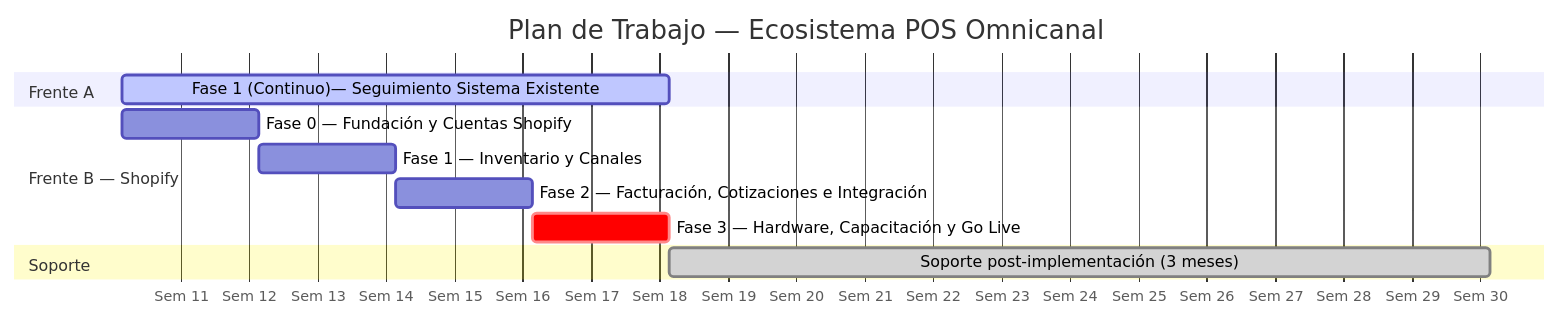
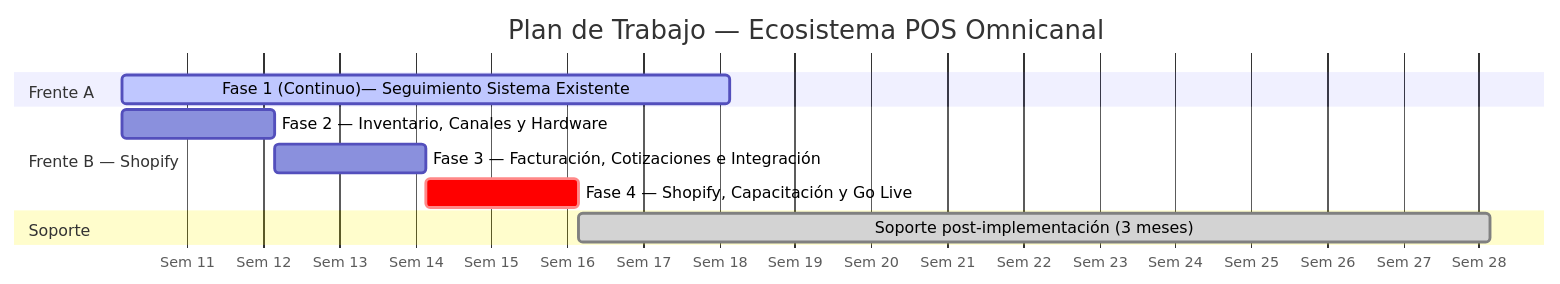
The diagram in cotizaciones/d002.md (klefagency/q-app), drawn with Mermaid before and after one commit. The commit also changed other lines of this file, not shown here.

````diff
--- a/cotizaciones/d002.md
+++ b/cotizaciones/d002.md
@@ -74,18 +74,17 @@
 ```mermaid
 gantt
     title Plan de Trabajo — Ecosistema POS Omnicanal
     dateFormat  YYYY-MM-DD
     axisFormat  Sem %W
 
     section Frente A
     Fase 1 (Continuo)— Seguimiento Sistema Existente  :active, f0, 2026-03-16, 8w
 
     section Frente B — Shopify
-    Fase 0 — Fundación y Cuentas Shopify    :f1, 2026-03-16, 2w
-    Fase 1 — Inventario y Canales           :f2, after f1, 2w
-    Fase 2 — Facturación, Cotizaciones e Integración :f3, after f2, 2w
-    Fase 3 — Hardware, Capacitación y Go Live        :crit, f4, after f3, 2w
+    Fase 2 — Inventario, Canales y Hardware     :f1, 2026-03-16, 2w
+    Fase 3 — Facturación, Cotizaciones e Integración           :f2, after f1, 2w
+    Fase 4 — Shopify, Capacitación y Go Live :crit, f3, after f2, 2w
 
     section Soporte
-    Soporte post-implementación (3 meses)   :done, sop, after f4, 12w
+    Soporte post-implementación (3 meses)   :done, sop, after f3, 12w
 ```
````
